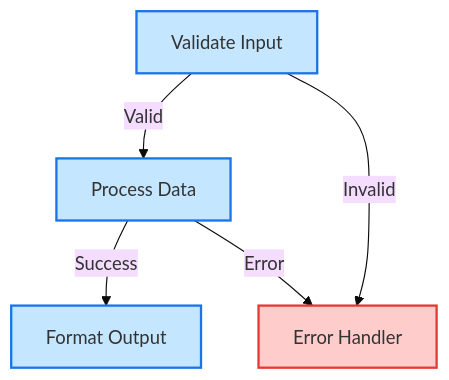
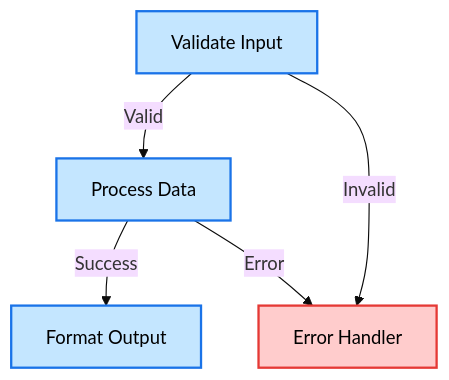
The second of 9 diagrams in README.md (aitoroses/floxide), drawn with Mermaid (base theme) before and after one commit. The commit also changed other lines of this file, not shown here.

First line of the commit message:
🦀 Improve Mermaid Diagram Readability in README

````diff
--- a/README.md
+++ b/README.md
@@ -137,11 +137,11 @@
 ```mermaid
 graph TD
     A["Validate Input"] -->|Valid| B["Process Data"]
     A -->|Invalid| C["Error Handler"]
     B -->|Success| D["Format Output"]
     B -->|Error| C
-    style A fill:#c4e6ff,stroke:#1a73e8,stroke-width:2px
-    style B fill:#c4e6ff,stroke:#1a73e8,stroke-width:2px
-    style C fill:#ffcccc,stroke:#e53935,stroke-width:2px
-    style D fill:#c4e6ff,stroke:#1a73e8,stroke-width:2px
+    style A fill:#c4e6ff,stroke:#1a73e8,stroke-width:2px,color:black
+    style B fill:#c4e6ff,stroke:#1a73e8,stroke-width:2px,color:black
+    style C fill:#ffcccc,stroke:#e53935,stroke-width:2px,color:black
+    style D fill:#c4e6ff,stroke:#1a73e8,stroke-width:2px,color:black
 ```
````
